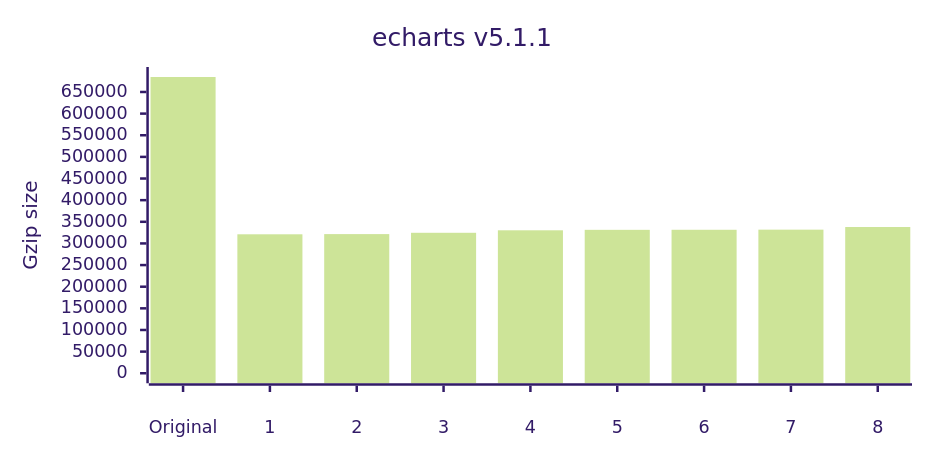
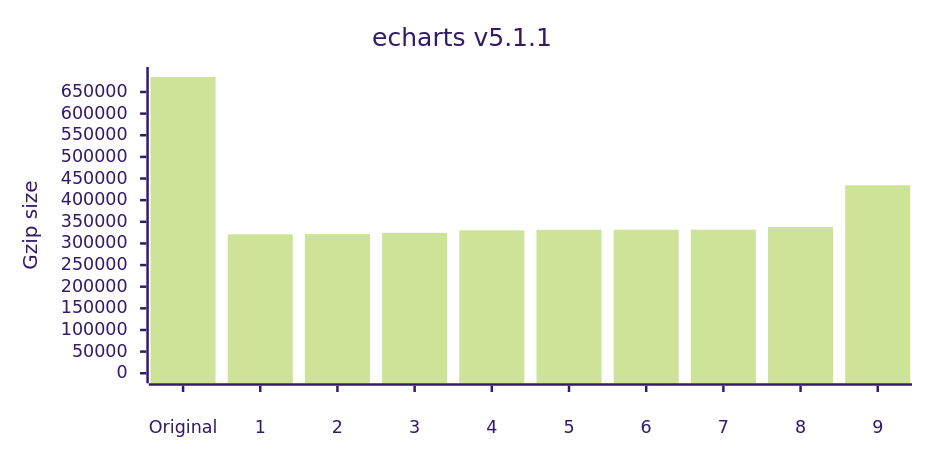
The tenth of 12 diagrams in README.md (privatenumber/minification-benchmarks), drawn with Mermaid (forest theme) before and after one commit. The commit also changed other lines of this file and 1 other file, not shown here.

````diff
--- a/README.md
+++ b/README.md
@@ -437,17 +447,17 @@
 ```mermaid
 ---
 config:
     xyChart:
         width: 720
         height: 360
         xAxis:
             labelPadding: 20
         yAxis:
             labelPadding: 10
 ---
 xychart-beta
 	title "echarts v5.1.1"
-	x-axis ["Original",1,2,3,4,5,6,7,8]
+	x-axis ["Original",1,2,3,4,5,6,7,8,9]
 	y-axis "Gzip size" 0 --> 684611
-	bar [684611,321110,321556,324594,330348,331412,331563,331847,337934]
+	bar [684611,321110,321556,324594,330348,331412,331563,331847,337934,434451]
 ```
````
